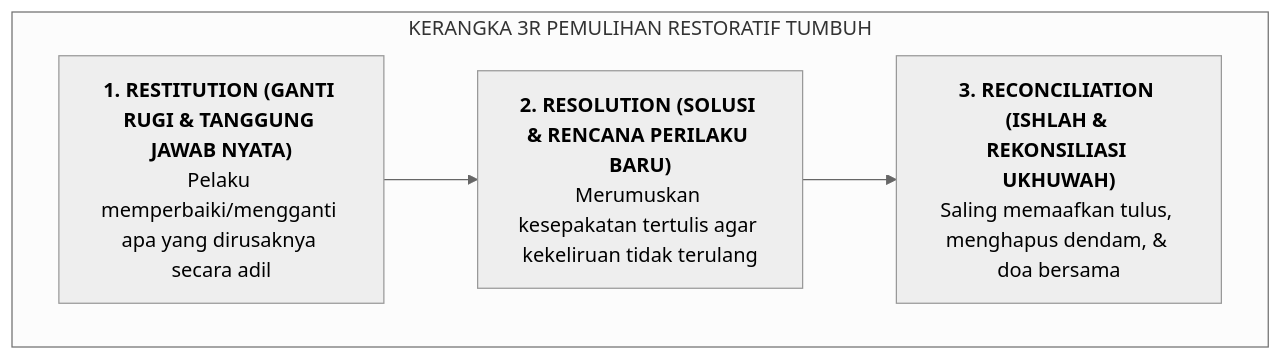
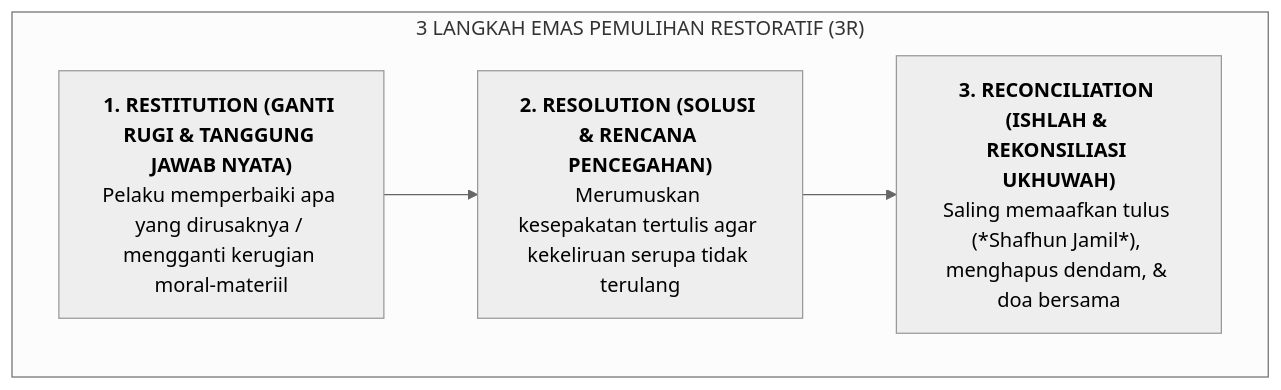
Before and after one commit to wandiapriliyandi/tumbuh: the diagram in BOOK Series 2/Volume-04-Intervensi-PBIS-dan-Disiplin-Restoratif/Bab-05-Disiplin-Restoratif-dan-Ishlah-3R/02-Kerangka-3R-Restoratif-Pesantren.md, drawn with Mermaid (neutral theme). The commit also changed other lines of this file and 61 other files, not shown here.

````diff
--- a/BOOK Series 2/Volume-04-Intervensi-PBIS-dan-Disiplin-Restoratif/Bab-05-Disiplin-Restoratif-dan-Ishlah-3R/02-Kerangka-3R-Restoratif-Pesantren.md
+++ b/BOOK Series 2/Volume-04-Intervensi-PBIS-dan-Disiplin-Restoratif/Bab-05-Disiplin-Restoratif-dan-Ishlah-3R/02-Kerangka-3R-Restoratif-Pesantren.md
@@ -9,12 +9,12 @@
 ```mermaid
 flowchart TD
-    subgraph TigaRPesantren["KERANGKA 3R PEMULIHAN RESTORATIF TUMBUH"]
-        R1["<b>1. RESTITUTION (GANTI RUGI & TANGGUNG JAWAB NYATA)</b><br/>Pelaku memperbaiki/mengganti apa yang dirusaknya secara adil"]
+    subgraph Kerangka3RTUMBUH["3 LANGKAH EMAS PEMULIHAN RESTORATIF (3R)"]
+        R1["<b>1. RESTITUTION (GANTI RUGI & TANGGUNG JAWAB NYATA)</b><br/>Pelaku memperbaiki apa yang dirusaknya / mengganti kerugian moral-materiil"]
         
-        R2["<b>2. RESOLUTION (SOLUSI & RENCANA PERILAKU BARU)</b><br/>Merumuskan kesepakatan tertulis agar kekeliruan tidak terulang"]
+        R2["<b>2. RESOLUTION (SOLUSI & RENCANA PENCEGAHAN)</b><br/>Merumuskan kesepakatan tertulis agar kekeliruan serupa tidak terulang"]
         
-        R3["<b>3. RECONCILIATION (ISHLAH & REKONSILIASI UKHUWAH)</b><br/>Saling memaafkan tulus, menghapus dendam, & doa bersama"]
+        R3["<b>3. RECONCILIATION (ISHLAH & REKONSILIASI UKHUWAH)</b><br/>Saling memaafkan tulus (*Shafhun Jamil*), menghapus dendam, & doa bersama"]
 
         R1 --> R2 --> R3
     end
 ```
````
